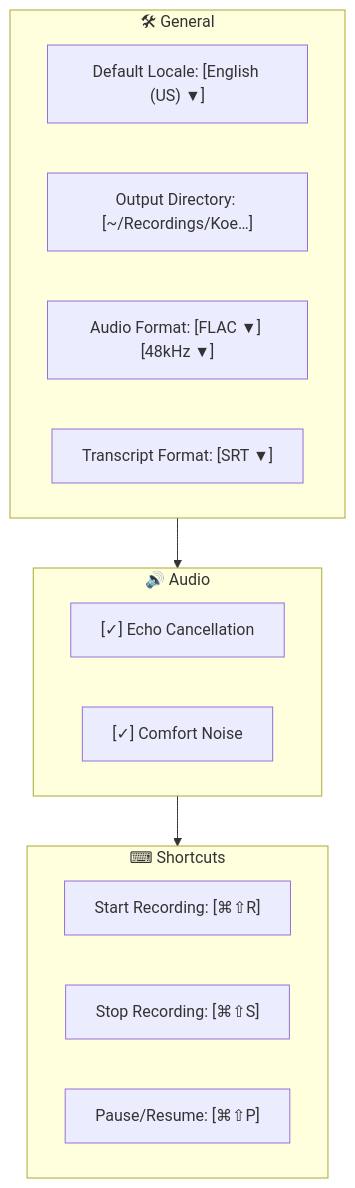
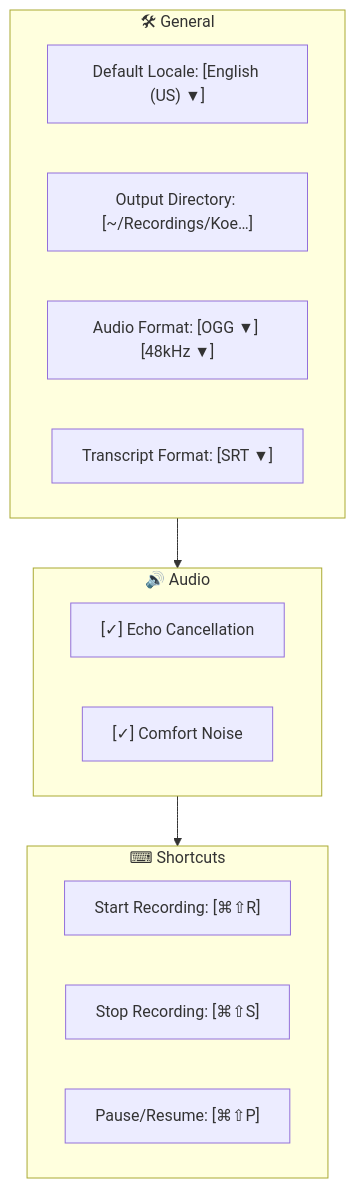
Before and after one commit to mokmok-dev/koe: the fifth of 5 diagrams in docs/spec/09-gui-interface.md, drawn with Mermaid. The commit also changed other lines of this file and 6 other files, not shown here.

First line of the commit message:
docs: switch default audio format from FLAC to OGG Vorbis

````diff
--- a/docs/spec/09-gui-interface.md
+++ b/docs/spec/09-gui-interface.md
@@ -184,23 +184,23 @@
 ```mermaid
 graph TD
     subgraph GENERAL["🛠 General"]
         LOCALE["Default Locale: [English (US) ▼]"]
         DIR["Output Directory: [~/Recordings/Koe…]"]
-        FMT["Audio Format: [FLAC ▼] [48kHz ▼]"]
+        FMT["Audio Format: [OGG ▼] [48kHz ▼]"]
         TFMT["Transcript Format: [SRT ▼]"]
     end
 
     subgraph AUDIO["🔊 Audio"]
         AEC["[✓] Echo Cancellation"]
         CN["[✓] Comfort Noise"]
     end
 
     subgraph SHORTCUTS["⌨ Shortcuts"]
         START["Start Recording: [⌘⇧R]"]
         STOP["Stop Recording:  [⌘⇧S]"]
         PAUSE["Pause/Resume:    [⌘⇧P]"]
     end
 
     GENERAL --> AUDIO
     AUDIO --> SHORTCUTS
 ```
````
